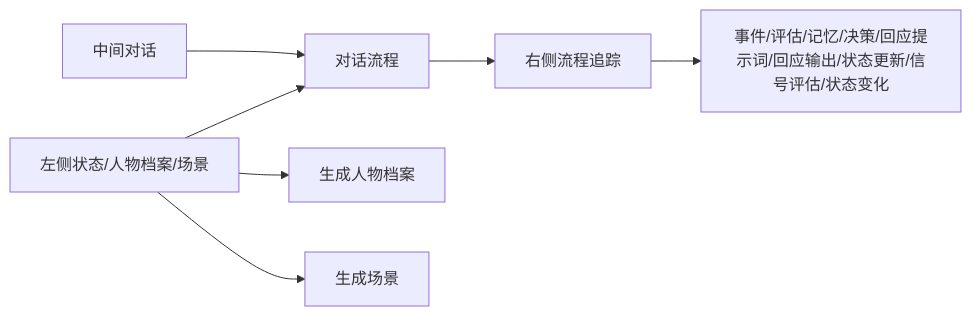
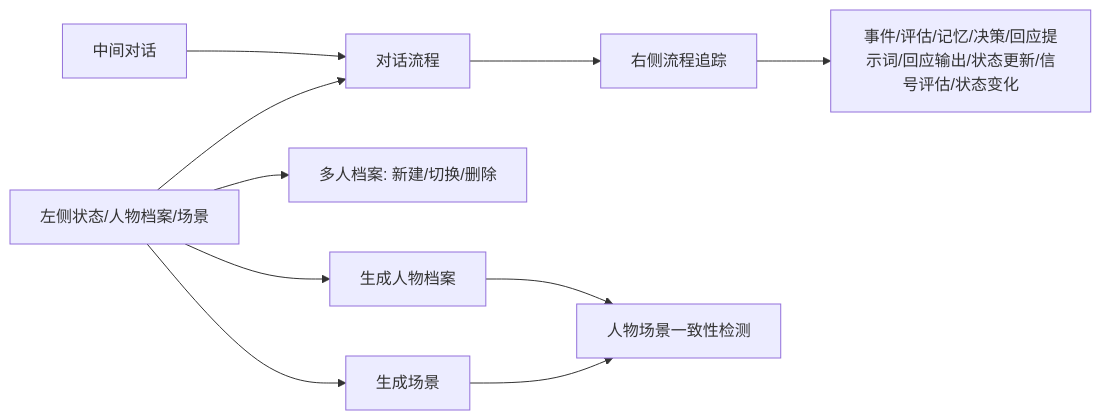
The eighth of 8 diagrams in docs/SYSTEM_FLOW.md (ttmanthatman/virtual-human-flow), drawn with Mermaid before and after one commit. The commit also changed other lines of this file and 6 other files, not shown here.

````diff
--- a/docs/SYSTEM_FLOW.md
+++ b/docs/SYSTEM_FLOW.md
@@ -144,9 +166,12 @@
 ```mermaid
 flowchart LR
     LEFT[左侧状态/人物档案/场景] --> PIPE[对话流程]
     CHAT[中间对话] --> PIPE
     PIPE --> TRACE[右侧流程追踪]
     TRACE --> JSON[事件/评估/记忆/决策/回应提示词/回应输出/状态更新/信号评估/状态变化]
+    LEFT --> DOS[多人档案: 新建/切换/删除]
     LEFT --> GEN1[生成人物档案]
     LEFT --> GEN2[生成场景]
+    GEN1 --> FIT[人物场景一致性检测]
+    GEN2 --> FIT
 ```
````
